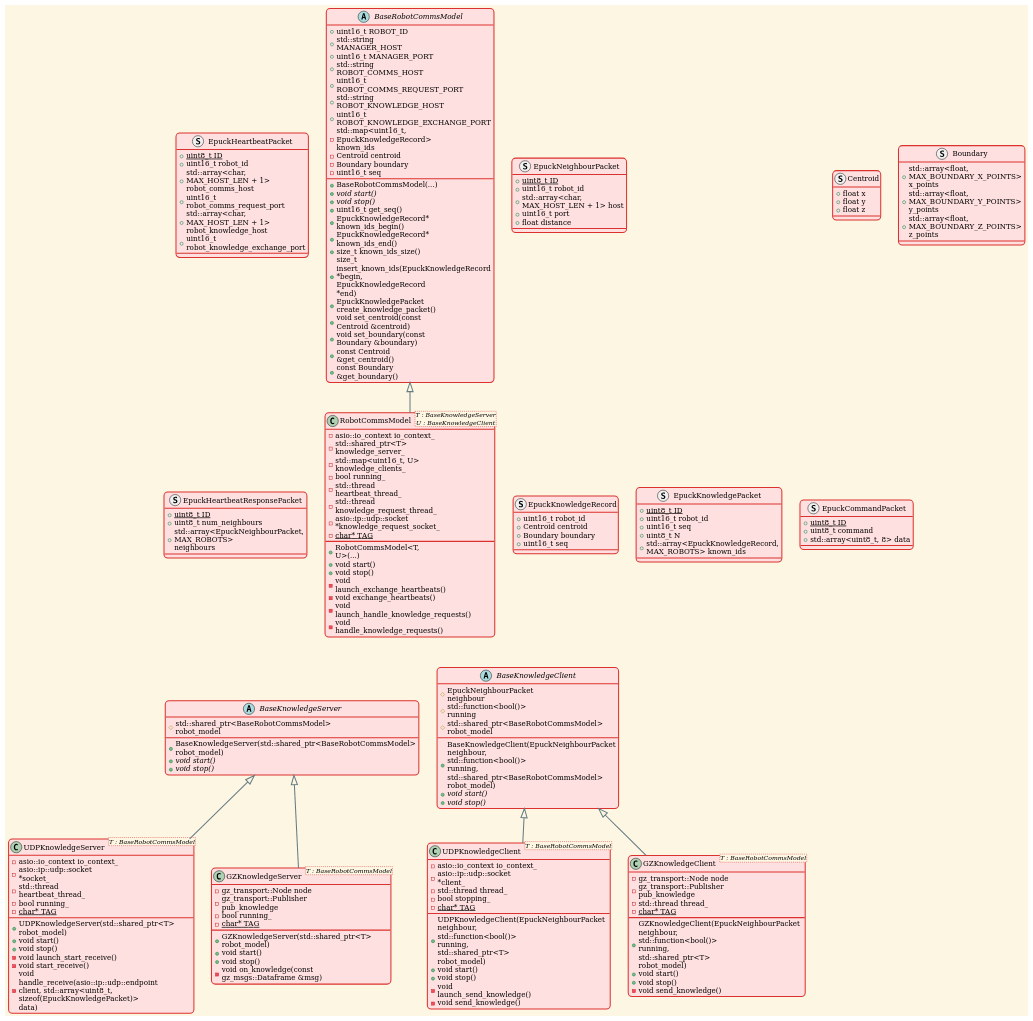
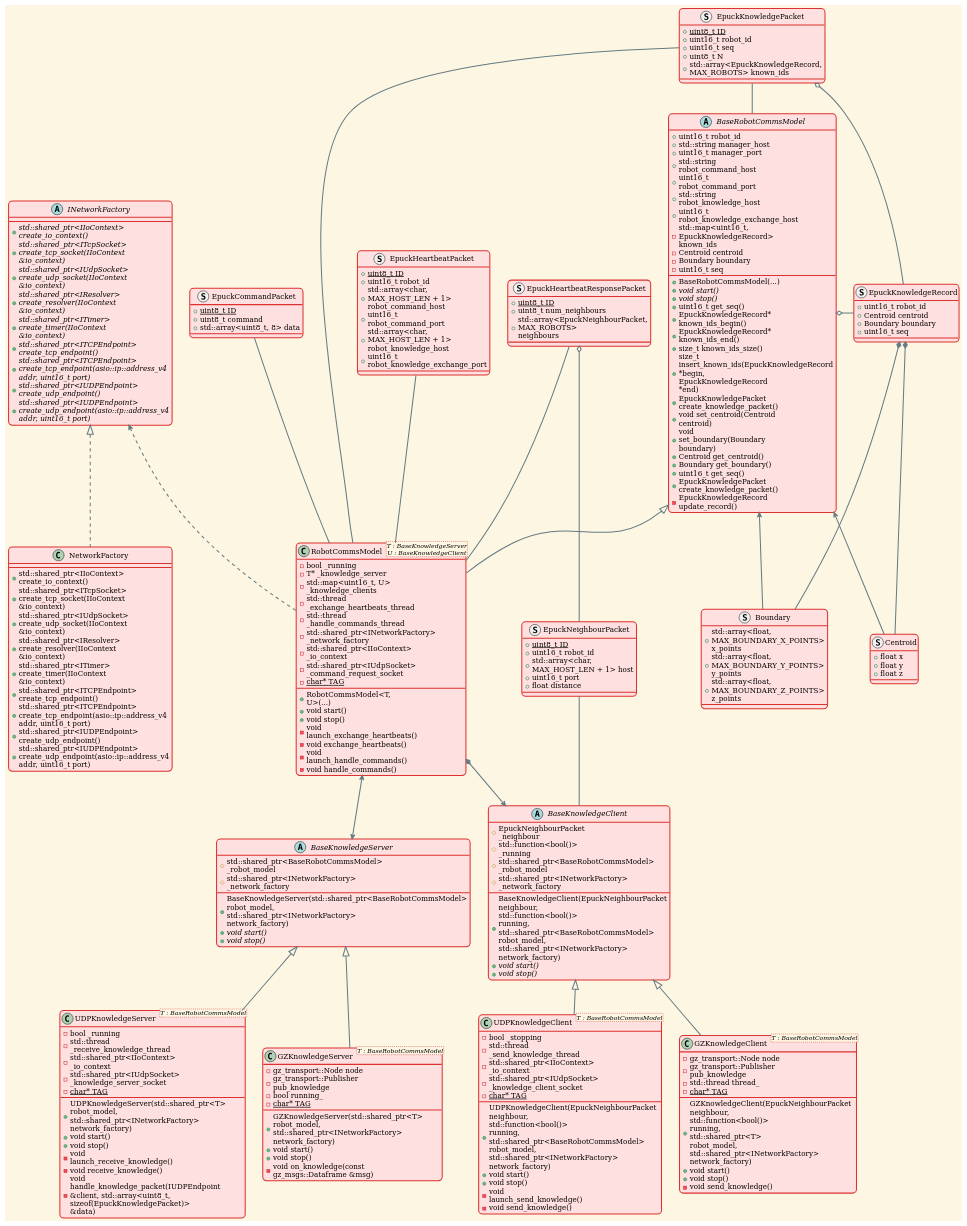
One commit to eshjordan/mobile-robotics-fyp changed the diagram in src/lazy_agent_sim/ros_gz_lazy_agent_sim_applications/agent_local_comms_server/doc/comms_class.puml. Above: the diagram before and after it, drawn with PlantUML. The commit also changed 13 other files, not shown here.

```diff
--- a/src/lazy_agent_sim/ros_gz_lazy_agent_sim_applications/agent_local_comms_server/doc/comms_class.puml
+++ b/src/lazy_agent_sim/ros_gz_lazy_agent_sim_applications/agent_local_comms_server/doc/comms_class.puml
@@ -3,29 +3,33 @@
 !theme sunlust
 
 abstract class BaseKnowledgeServer {
-  + BaseKnowledgeServer(std::shared_ptr<BaseRobotCommsModel> robot_model)
+  + BaseKnowledgeServer(std::shared_ptr<BaseRobotCommsModel> robot_model, std::shared_ptr<INetworkFactory> network_factory)
   + {abstract} void start()
   + {abstract} void stop()
-  # std::shared_ptr<BaseRobotCommsModel> robot_model
+
+  # std::shared_ptr<BaseRobotCommsModel> _robot_model
+  # std::shared_ptr<INetworkFactory> _network_factory
 }
 
 abstract class BaseKnowledgeClient {
-  + BaseKnowledgeClient(EpuckNeighbourPacket neighbour, std::function<bool()> running, std::shared_ptr<BaseRobotCommsModel> robot_model)
+  + BaseKnowledgeClient(EpuckNeighbourPacket neighbour, std::function<bool()> running, std::shared_ptr<BaseRobotCommsModel> robot_model, std::shared_ptr<INetworkFactory> network_factory)
   + {abstract} void start()
   + {abstract} void stop()
-  # EpuckNeighbourPacket neighbour
-  # {field} std::function<bool()> running
-  # std::shared_ptr<BaseRobotCommsModel> robot_model
+
+  # EpuckNeighbourPacket _neighbour
+  # {field} std::function<bool()> _running
+  # std::shared_ptr<BaseRobotCommsModel> _robot_model
+  # std::shared_ptr<INetworkFactory> _network_factory
 }
 
 abstract class BaseRobotCommsModel {
-  + uint16_t ROBOT_ID
-  + std::string MANAGER_HOST
-  + uint16_t MANAGER_PORT
-  + std::string ROBOT_COMMS_HOST
-  + uint16_t ROBOT_COMMS_REQUEST_PORT
-  + std::string ROBOT_KNOWLEDGE_HOST
-  + uint16_t ROBOT_KNOWLEDGE_EXCHANGE_PORT
+  + uint16_t robot_id
+  + std::string manager_host
+  + uint16_t manager_port
+  + std::string robot_command_host
+  + uint16_t robot_command_port
+  + std::string robot_knowledge_host
+  + uint16_t robot_knowledge_exchange_host
   - std::map<uint16_t, EpuckKnowledgeRecord> known_ids
   - Centroid centroid
   - Boundary boundary
@@ -40,18 +44,44 @@
   + size_t known_ids_size()
   + size_t insert_known_ids(EpuckKnowledgeRecord *begin, EpuckKnowledgeRecord *end)
   + EpuckKnowledgePacket create_knowledge_packet()
-  + void set_centroid(const Centroid &centroid)
-  + void set_boundary(const Boundary &boundary)
-  + const Centroid &get_centroid()
-  + const Boundary &get_boundary()
+  + void set_centroid(Centroid centroid)
+  + void set_boundary(Boundary boundary)
+  + Centroid get_centroid()
+  + Boundary get_boundary()
+  + uint16_t get_seq()
+  + EpuckKnowledgePacket create_knowledge_packet()
+  - EpuckKnowledgeRecord update_record()
 }
 
+abstract class INetworkFactory {
+  + {abstract} std::shared_ptr<IIoContext> create_io_context()
+  + {abstract} std::shared_ptr<ITcpSocket> create_tcp_socket(IIoContext &io_context)
+  + {abstract} std::shared_ptr<IUdpSocket> create_udp_socket(IIoContext &io_context)
+  + {abstract} std::shared_ptr<IResolver> create_resolver(IIoContext &io_context)
+  + {abstract} std::shared_ptr<ITimer> create_timer(IIoContext &io_context)
+  + {abstract} std::shared_ptr<ITCPEndpoint> create_tcp_endpoint()
+  + {abstract} std::shared_ptr<ITCPEndpoint> create_tcp_endpoint(asio::ip::address_v4 addr, uint16_t port)
+  + {abstract} std::shared_ptr<IUDPEndpoint> create_udp_endpoint()
+  + {abstract} std::shared_ptr<IUDPEndpoint> create_udp_endpoint(asio::ip::address_v4 addr, uint16_t port)
+}
+
+class NetworkFactory {
+  + std::shared_ptr<IIoContext> create_io_context()
+  + std::shared_ptr<ITcpSocket> create_tcp_socket(IIoContext &io_context)
+  + std::shared_ptr<IUdpSocket> create_udp_socket(IIoContext &io_context)
+  + std::shared_ptr<IResolver> create_resolver(IIoContext &io_context)
+  + std::shared_ptr<ITimer> create_timer(IIoContext &io_context)
+  + std::shared_ptr<ITCPEndpoint> create_tcp_endpoint()
+  + std::shared_ptr<ITCPEndpoint> create_tcp_endpoint(asio::ip::address_v4 addr, uint16_t port)
+  + std::shared_ptr<IUDPEndpoint> create_udp_endpoint()
+  + std::shared_ptr<IUDPEndpoint> create_udp_endpoint(asio::ip::address_v4 addr, uint16_t port)
+}
 
 struct EpuckHeartbeatPacket {
   +{static} uint8_t ID
   +uint16_t robot_id
-  +std::array<char, MAX_HOST_LEN + 1> robot_comms_host
-  +uint16_t robot_comms_request_port
+  +std::array<char, MAX_HOST_LEN + 1> robot_command_host
+  +uint16_t robot_command_port
   +std::array<char, MAX_HOST_LEN + 1> robot_knowledge_host
   +uint16_t robot_knowledge_exchange_port
 }
@@ -110,49 +140,53 @@
   + void stop()
   - void launch_exchange_heartbeats()
   - void exchange_heartbeats()
-  - void launch_handle_knowledge_requests()
-  - void handle_knowledge_requests()
-  - asio::io_context io_context_
-  - std::shared_ptr<T> knowledge_server_
-  - std::map<uint16_t, U> knowledge_clients_
-  - bool running_
-  - std::thread heartbeat_thread_
-  - std::thread knowledge_request_thread_
-  - asio::ip::udp::socket *knowledge_request_socket_
+  - void launch_handle_commands()
+  - void handle_commands()
+
+  - bool _running
+  - T* _knowledge_server
+  - std::map<uint16_t, U> _knowledge_clients
+  - std::thread _exchange_heartbeats_thread
+  - std::thread _handle_commands_thread
+  - std::shared_ptr<INetworkFactory> _network_factory
+  - std::shared_ptr<IIoContext> _io_context
+  - std::shared_ptr<IUdpSocket> _command_request_socket
   - {static} char* TAG
 }
 
 
 class UDPKnowledgeServer <T : BaseRobotCommsModel> {
-  + UDPKnowledgeServer(std::shared_ptr<T> robot_model)
+  + UDPKnowledgeServer(std::shared_ptr<T> robot_model, std::shared_ptr<INetworkFactory> network_factory)
   + void start()
   + void stop()
-  - void launch_start_receive()
-  - void start_receive()
-  - void handle_receive(asio::ip::udp::endpoint client, std::array<uint8_t, sizeof(EpuckKnowledgePacket)> data)
-  - asio::io_context io_context_
-  - asio::ip::udp::socket *socket_
-  - std::thread heartbeat_thread_
-  - bool running_
+  - void launch_receive_knowledge()
+  - void receive_knowledge()
+  - void handle_knowledge_packet(IUDPEndpoint &client, std::array<uint8_t, sizeof(EpuckKnowledgePacket)> &data)
+
+  - bool _running
+  - std::thread _receive_knowledge_thread
+  - std::shared_ptr<IIoContext> _io_context
+  - std::shared_ptr<IUdpSocket> _knowledge_server_socket
   - {static} char* TAG
 }
 
 class UDPKnowledgeClient <T : BaseRobotCommsModel> {
-  + UDPKnowledgeClient(EpuckNeighbourPacket neighbour, std::function<bool()> running, std::shared_ptr<T> robot_model)
+  + UDPKnowledgeClient(EpuckNeighbourPacket neighbour, std::function<bool()> running, std::shared_ptr<BaseRobotCommsModel> robot_model, std::shared_ptr<INetworkFactory> network_factory)
   + void start()
   + void stop()
   - void launch_send_knowledge()
   - void send_knowledge()
-  - asio::io_context io_context_
-  - asio::ip::udp::socket *client_
-  - std::thread thread_
-  - bool stopping_
+
+  - bool _stopping
+  - std::thread _send_knowledge_thread
+  - std::shared_ptr<IIoContext> _io_context
+  - std::shared_ptr<IUdpSocket> _knowledge_client_socket
   - {static} char* TAG
 }
 
 
 class GZKnowledgeServer <T : BaseRobotCommsModel> {
-  + GZKnowledgeServer(std::shared_ptr<T> robot_model)
+  + GZKnowledgeServer(std::shared_ptr<T> robot_model, std::shared_ptr<INetworkFactory> network_factory)
   + void start()
   + void stop()
   - void on_knowledge(const gz_msgs::Dataframe &msg)
@@ -163,7 +197,7 @@
 }
 
 class GZKnowledgeClient <T : BaseRobotCommsModel> {
-  + GZKnowledgeClient(EpuckNeighbourPacket neighbour, std::function<bool()> running, std::shared_ptr<T> robot_model)
+  + GZKnowledgeClient(EpuckNeighbourPacket neighbour, std::function<bool()> running, std::shared_ptr<T> robot_model, std::shared_ptr<INetworkFactory> network_factory)
   + void start()
   + void stop()
   - void send_knowledge()
@@ -180,13 +214,28 @@
 BaseKnowledgeServer <|-- GZKnowledgeServer
 BaseKnowledgeClient <|-- GZKnowledgeClient
 
-RobotCommsModel <|-[hidden]- BaseKnowledgeServer
-RobotCommsModel <|-[hidden]- BaseKnowledgeClient
+INetworkFactory <|.. NetworkFactory
 
-BaseRobotCommsModel -[hidden]left-> EpuckHeartbeatPacket
-RobotCommsModel -[hidden]left-> EpuckHeartbeatResponsePacket
-BaseRobotCommsModel -[hidden]right-> EpuckNeighbourPacket
-RobotCommsModel -[hidden]right-> EpuckKnowledgePacket
-RobotCommsModel -[hidden]right-> EpuckKnowledgeRecord
+EpuckCommandPacket -- RobotCommsModel
+EpuckHeartbeatPacket -- RobotCommsModel
+EpuckHeartbeatResponsePacket -- RobotCommsModel
+EpuckKnowledgePacket o-- EpuckKnowledgeRecord
+EpuckHeartbeatResponsePacket o-- EpuckNeighbourPacket
+
+EpuckKnowledgeRecord *-- Centroid
+EpuckKnowledgeRecord *-- Boundary
+
+Centroid --> BaseRobotCommsModel
+Boundary --> BaseRobotCommsModel
+
+INetworkFactory <.. RobotCommsModel
+RobotCommsModel <--> BaseKnowledgeServer
+RobotCommsModel *--> BaseKnowledgeClient
+
+EpuckNeighbourPacket -- BaseKnowledgeClient
+EpuckKnowledgeRecord -left-o BaseRobotCommsModel
+EpuckKnowledgePacket -- BaseRobotCommsModel
+EpuckKnowledgePacket -- RobotCommsModel
+
 
 @enduml
```
